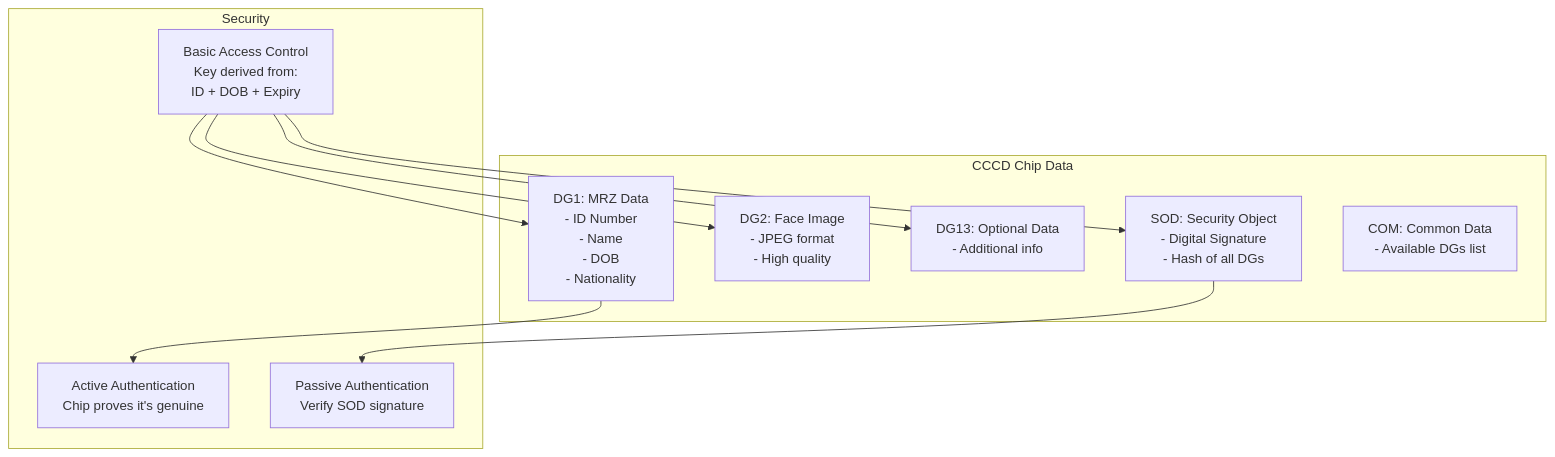
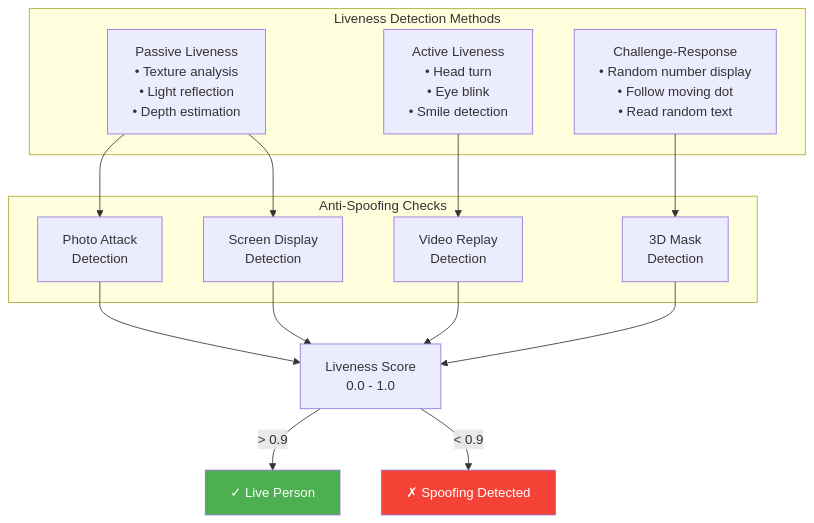
Before and after one commit to huuhoait/openbanking-vn-specs: the fifth of 8 diagrams in 07-Dich-vu-Dinh-danh-eKYC.md, drawn with Mermaid. The commit also changed other lines of this file and 14 other files, not shown here.

````diff
--- a/07-Dich-vu-Dinh-danh-eKYC.md
+++ b/07-Dich-vu-Dinh-danh-eKYC.md
@@ -337,30 +306,33 @@
 ```mermaid
 graph TB
-    subgraph "CCCD Chip Data"
-        DG1[DG1: MRZ Data<br/>- ID Number<br/>- Name<br/>- DOB<br/>- Nationality]
+    subgraph "Liveness Detection Methods"
+        Passive[Passive Liveness<br/>• Texture analysis<br/>• Light reflection<br/>• Depth estimation]
         
-        DG2[DG2: Face Image<br/>- JPEG format<br/>- High quality]
+        Active[Active Liveness<br/>• Head turn<br/>• Eye blink<br/>• Smile detection]
         
-        DG13[DG13: Optional Data<br/>- Additional info]
-        
-        SOD[SOD: Security Object<br/>- Digital Signature<br/>- Hash of all DGs]
-        
-        COM[COM: Common Data<br/>- Available DGs list]
+        Challenge[Challenge-Response<br/>• Random number display<br/>• Follow moving dot<br/>• Read random text]
     end
     
-    subgraph "Security"
-        BAC[Basic Access Control<br/>Key derived from:<br/>ID + DOB + Expiry]
-        
-        AA[Active Authentication<br/>Chip proves it's genuine]
-        
-        PA[Passive Authentication<br/>Verify SOD signature]
+    subgraph "Anti-Spoofing Checks"
+        Photo[Photo Attack<br/>Detection]
+        Video[Video Replay<br/>Detection]
+        Mask[3D Mask<br/>Detection]
+        Screen[Screen Display<br/>Detection]
     end
     
-    BAC --> DG1
-    BAC --> DG2
-    BAC --> DG13
-    BAC --> SOD
+    Passive --> Photo
+    Passive --> Screen
+    Active --> Video
+    Challenge --> Mask
     
-    SOD --> PA
-    DG1 --> AA
+    Photo --> Score[Liveness Score<br/>0.0 - 1.0]
+    Video --> Score
+    Mask --> Score
+    Screen --> Score
+    
+    Score -->|> 0.9| Pass[✓ Live Person]
+    Score -->|< 0.9| Fail[✗ Spoofing Detected]
+    
+    style Pass fill:#4caf50,color:#fff
+    style Fail fill:#f44336,color:#fff
 ```
````
